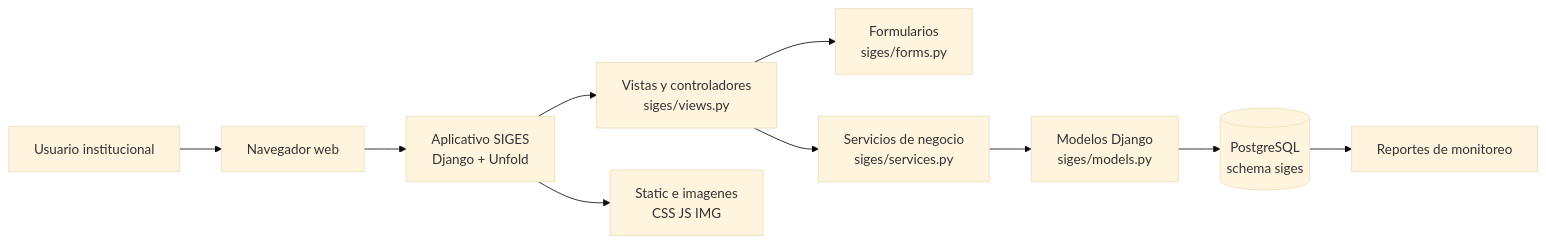
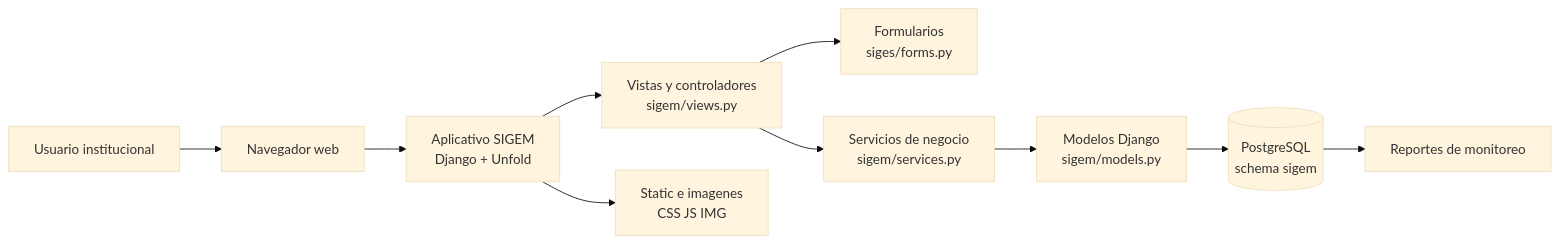
Before and after one commit to marcelochavez-ec/SIGEM: the first of 4 diagrams in README.md, drawn with Mermaid (base theme). The commit also changed other lines of this file, not shown here.

````diff
--- a/README.md
+++ b/README.md
@@ -46,12 +46,12 @@
 ```mermaid
 flowchart LR
     U[Usuario institucional] --> B[Navegador web]
-    B --> W[Aplicativo SIGES<br/>Django + Unfold]
-    W --> V[Vistas y controladores<br/>siges/views.py]
+    B --> W[Aplicativo SIGEM<br/>Django + Unfold]
+    W --> V[Vistas y controladores<br/>sigem/views.py]
     V --> F[Formularios<br/>siges/forms.py]
-    V --> S[Servicios de negocio<br/>siges/services.py]
-    S --> M[Modelos Django<br/>siges/models.py]
-    M --> DB[(PostgreSQL<br/>schema siges)]
+    V --> S[Servicios de negocio<br/>sigem/services.py]
+    S --> M[Modelos Django<br/>sigem/models.py]
+    M --> DB[(PostgreSQL<br/>schema sigem)]
     W --> ST[Static e imagenes<br/>CSS JS IMG]
     DB --> R[Reportes de monitoreo]
 ```
````
